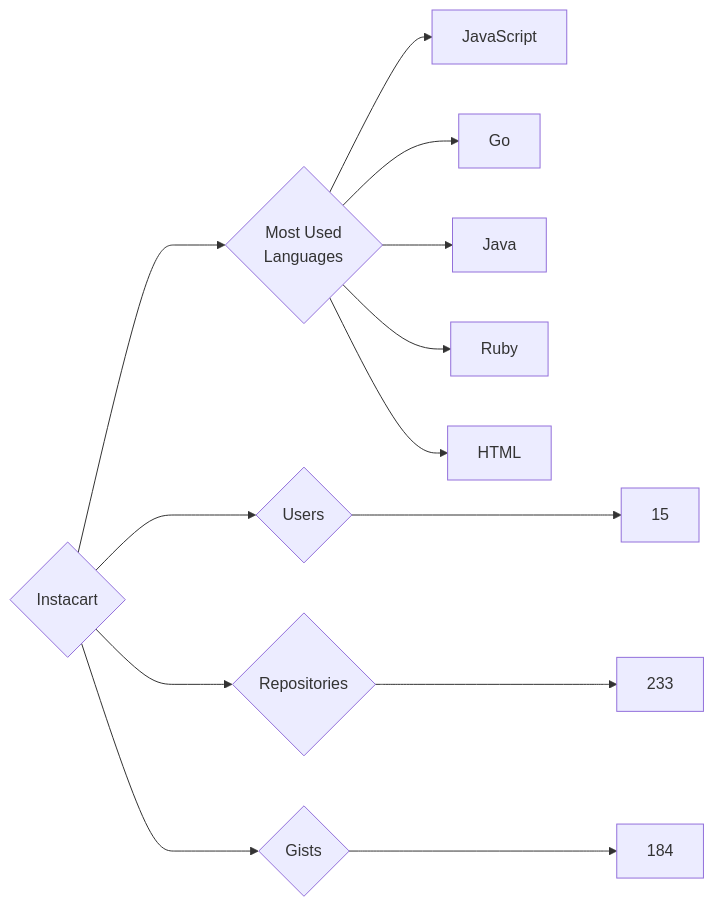
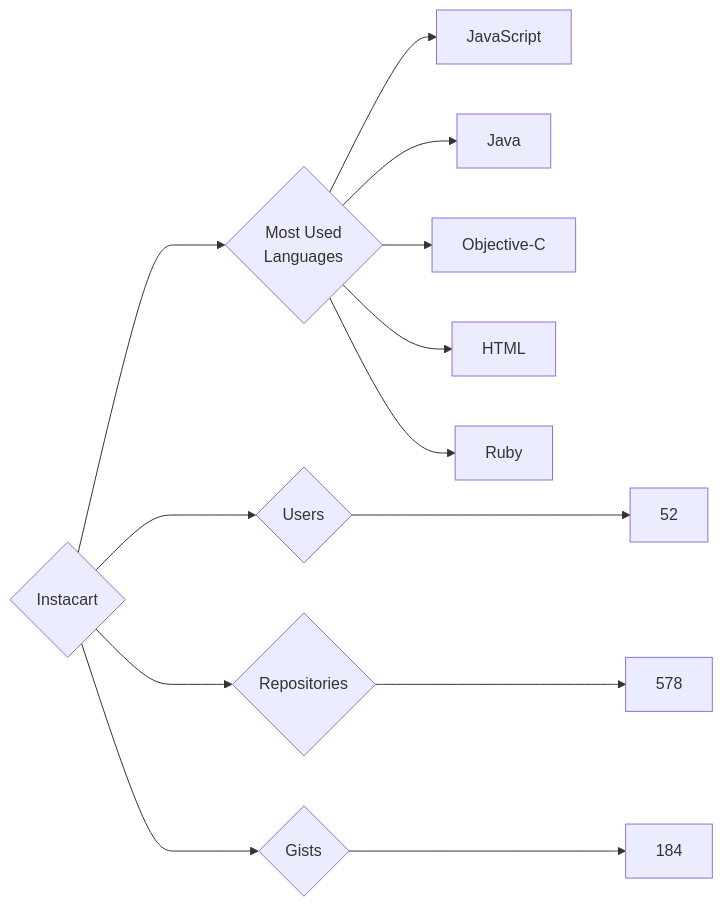
The diagram in targets/Instacart/README.md (trickest/insiders), drawn with Mermaid before and after one commit. The commit also changed 899 other files, not shown here.

````diff
--- a/targets/Instacart/README.md
+++ b/targets/Instacart/README.md
@@ -3,13 +3,13 @@
 ```mermaid
 graph LR
 COMPANY_NAME{Instacart}
-COMPANY_NAME ---> U{Users} ---> UN[15]
-COMPANY_NAME ---> R{Repositories} ---> RN[233]
+COMPANY_NAME ---> U{Users} ---> UN[52]
+COMPANY_NAME ---> R{Repositories} ---> RN[578]
 COMPANY_NAME ---> G{Gists} ---> GN[184]
 COMPANY_NAME ---> ML{Most Used<br>Languages}
 ML --> JavaScript[JavaScript]
-ML --> Go[Go]
 ML --> Java[Java]
+ML --> Objective-C[Objective-C]
+ML --> HTML[HTML]
 ML --> Ruby[Ruby]
-ML --> HTML[HTML]
 ```
````
